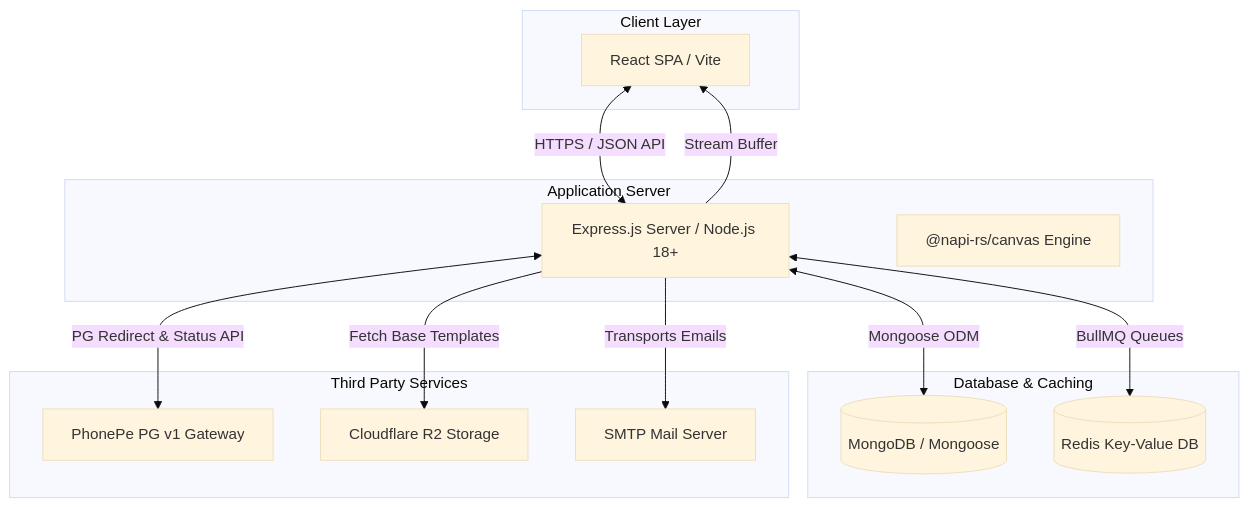
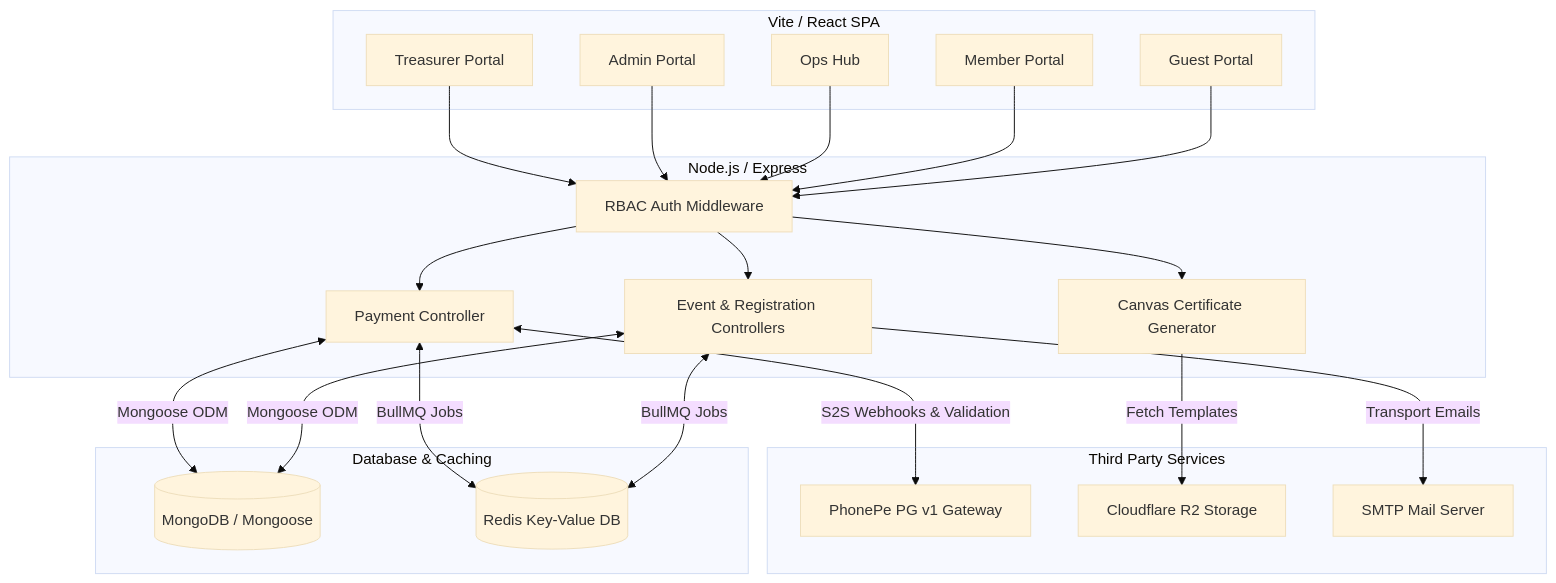
The first of 3 diagrams in README.md (Charan512/ACE), drawn with Mermaid (base theme) before and after one commit. The commit also changed other lines of this file, not shown here.

````diff
--- a/README.md
+++ b/README.md
@@ -27,30 +59,51 @@
 ```mermaid
 graph TD
-    subgraph Client Layer
-        Vite["React SPA / Vite"]
+    subgraph Client Layer [Vite / React SPA]
+        GP[Guest Portal]
+        MP[Member Portal]
+        OP[Ops Hub]
+        AP[Admin Portal]
+        TP[Treasurer Portal]
     end
 
-    subgraph Application Server
-        Express["Express.js Server / Node.js 18+"]
-        Canvas["@napi-rs/canvas Engine"]
+    subgraph Application Server [Node.js / Express]
+        Auth[RBAC Auth Middleware]
+        EC[Event & Registration Controllers]
+        CC[Canvas Certificate Generator]
+        PaymentC[Payment Controller]
     end
 
     subgraph Database & Caching
         Mongo[("MongoDB / Mongoose")]
         Redis[("Redis Key-Value DB")]
     end
 
     subgraph Third Party Services
         PhonePe["PhonePe PG v1 Gateway"]
         R2["Cloudflare R2 Storage"]
         SMTP["SMTP Mail Server"]
     end
 
-    Vite <--> |"HTTPS / JSON API"| Express
-    Express <--> |"Mongoose ODM"| Mongo
-    Express <--> |"BullMQ Queues"| Redis
-    Express --> |"Fetch Base Templates"| R2
-    Express --> |"Stream Buffer"| Vite
-    Express <--> |"PG Redirect & Status API"| PhonePe
-    Express --> |"Transports Emails"| SMTP
+    %% Client to Server routing
+    GP --> Auth
+    MP --> Auth
+    OP --> Auth
+    AP --> Auth
+    TP --> Auth
+
+    %% Server Internal
+    Auth --> EC
+    Auth --> CC
+    Auth --> PaymentC
+
+    %% Server to DB
+    EC <--> |"Mongoose ODM"| Mongo
+    PaymentC <--> |"Mongoose ODM"| Mongo
+    EC <--> |"BullMQ Jobs"| Redis
+    PaymentC <--> |"BullMQ Jobs"| Redis
+
+    %% Third party communication
+    CC --> |"Fetch Templates"| R2
+    PaymentC <--> |"S2S Webhooks & Validation"| PhonePe
+    EC --> |"Transport Emails"| SMTP
 ```
````
